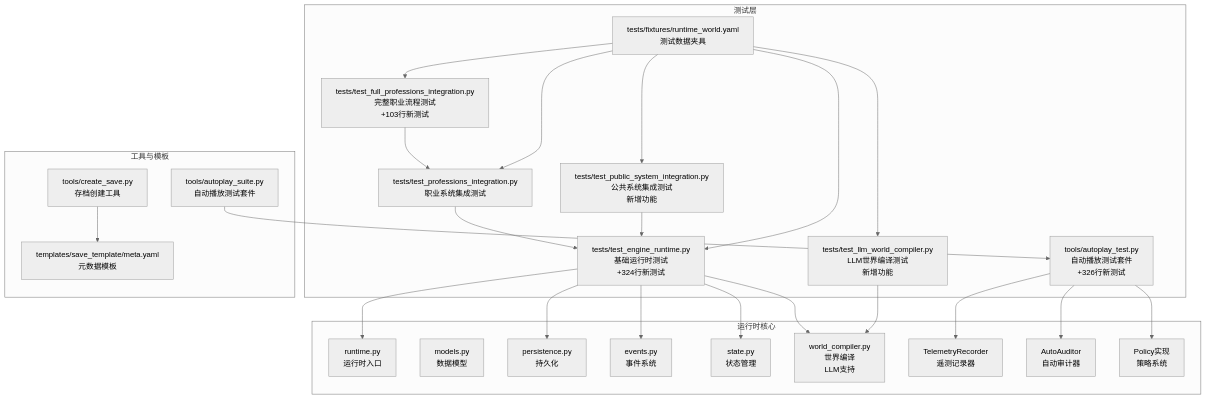
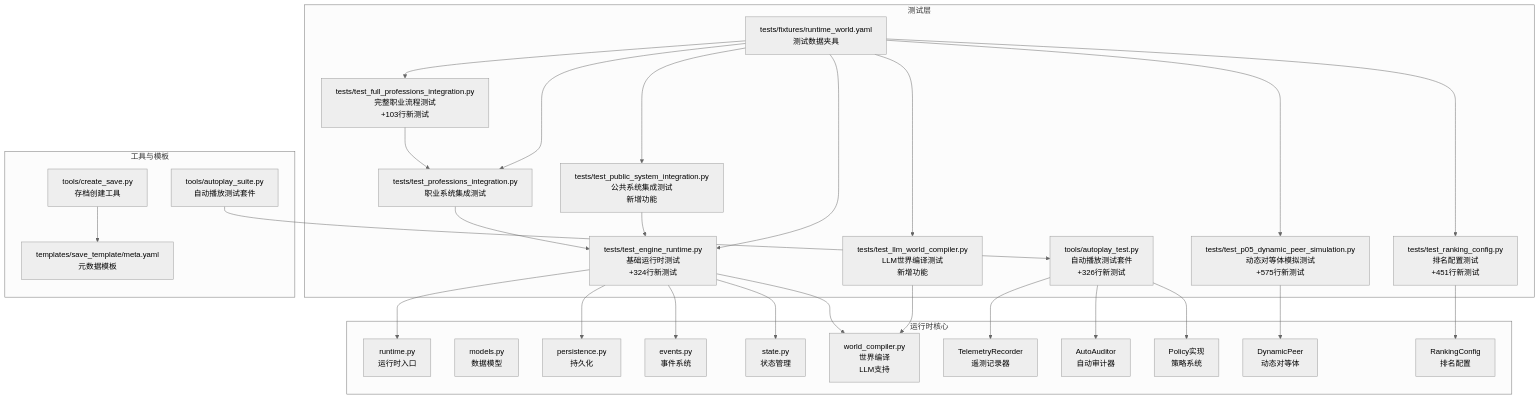
One commit to Ivandanslespace/thegreatnovel changed the first of 4 diagrams in .qoder/repowiki/zh/content/测试指南.md. Above: the diagram before and after it, drawn with Mermaid (neutral theme). The commit also changed other lines of this file and 69 other files, not shown here.

````diff
--- a/.qoder/repowiki/zh/content/测试指南.md
+++ b/.qoder/repowiki/zh/content/测试指南.md
@@ -55,47 +59,55 @@
 ```mermaid
 graph TB
 subgraph "测试层"
 T1["tests/test_engine_runtime.py<br/>基础运行时测试<br/>+324行新测试"]
 T2["tests/test_llm_world_compiler.py<br/>LLM世界编译测试<br/>新增功能"]
 T3["tests/test_professions_integration.py<br/>职业系统集成测试"]
 T4["tests/test_full_professions_integration.py<br/>完整职业流程测试<br/>+103行新测试"]
 T5["tests/test_public_system_integration.py<br/>公共系统集成测试<br/>新增功能"]
-T6["tools/autoplay_test.py<br/>自动播放测试套件<br/>+326行新测试"]
+T6["tests/test_p05_dynamic_peer_simulation.py<br/>动态对等体模拟测试<br/>+575行新测试"]
+T7["tests/test_ranking_config.py<br/>排名配置测试<br/>+451行新测试"]
+T8["tools/autoplay_test.py<br/>自动播放测试套件<br/>+326行新测试"]
 F1["tests/fixtures/runtime_world.yaml<br/>测试数据夹具"]
 end
 subgraph "运行时核心"
 R1["runtime.py<br/>运行时入口"]
 M1["models.py<br/>数据模型"]
 P1["persistence.py<br/>持久化"]
 E1["events.py<br/>事件系统"]
 S1["state.py<br/>状态管理"]
 W1["world_compiler.py<br/>世界编译<br/>LLM支持"]
 TR["TelemetryRecorder<br/>遥测记录器"]
 AA["AutoAuditor<br/>自动审计器"]
 POL["Policy实现<br/>策略系统"]
+DP["DynamicPeer<br/>动态对等体"]
+RC["RankingConfig<br/>排名配置"]
 end
 subgraph "工具与模板"
 TL1["tools/create_save.py<br/>存档创建工具"]
 TL2["tools/autoplay_suite.py<br/>自动播放测试套件"]
 TM1["templates/save_template/meta.yaml<br/>元数据模板"]
 end
 T1 --> R1
 T1 --> P1
 T1 --> E1
 T1 --> S1
 T1 --> W1
 T2 --> W1
 T3 --> T1
 T4 --> T3
 T5 --> T1
-T6 --> TR
-T6 --> AA
-T6 --> POL
+T6 --> DP
+T7 --> RC
+T8 --> TR
+T8 --> AA
+T8 --> POL
 F1 --> T1
 F1 --> T2
 F1 --> T3
 F1 --> T4
 F1 --> T5
+F1 --> T6
+F1 --> T7
 TL1 --> TM1
-TL2 --> T6
+TL2 --> T8
 ```
````
